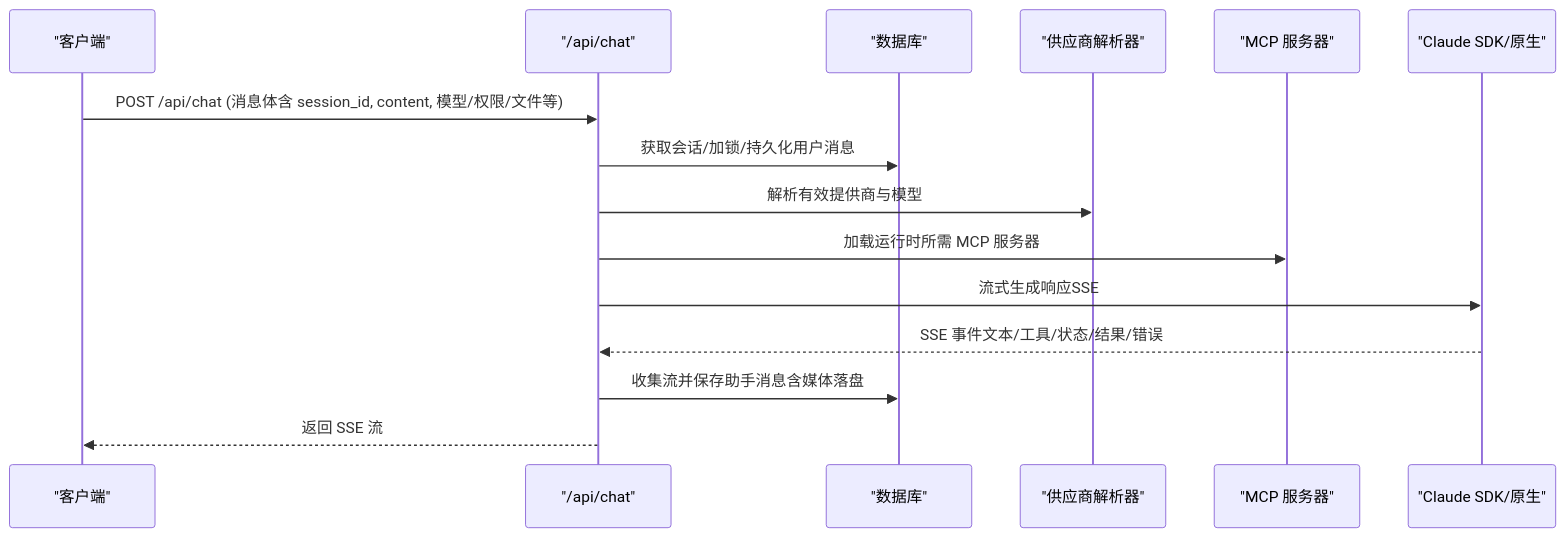
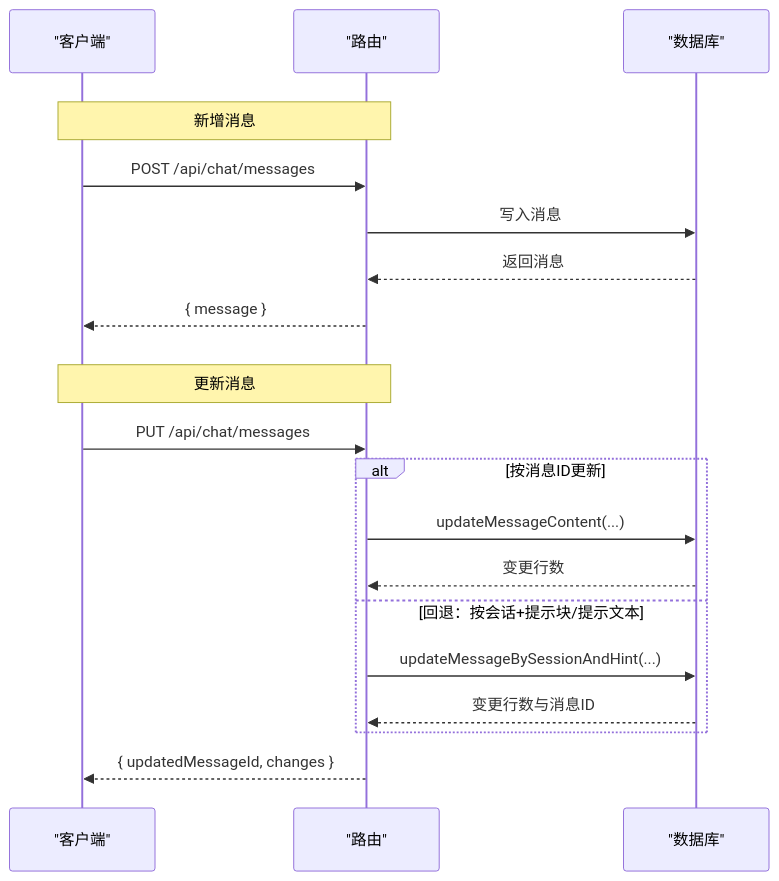
Before and after one commit to haolange/CodePilot: the third of 6 diagrams in .qoder/repowiki/zh/content/API 参考/API 参考.md, drawn with Mermaid. The commit also changed other lines of this file and 203 other files, not shown here.

````diff
--- a/.qoder/repowiki/zh/content/API 参考/API 参考.md
+++ b/.qoder/repowiki/zh/content/API 参考/API 参考.md
@@ -147,17 +136,25 @@
 ```mermaid
 sequenceDiagram
-participant Client as "客户端"
-participant Chat as "/api/chat"
+participant C as "客户端"
+participant R as "路由"
 participant DB as "数据库"
-participant Resolver as "供应商解析器"
-participant MCP as "MCP 服务器"
-participant Claude as "Claude SDK/原生"
-Client->>Chat : POST /api/chat (消息体含 session_id, content, 模型/权限/文件等)
-Chat->>DB : 获取会话/加锁/持久化用户消息
-Chat->>Resolver : 解析有效提供商与模型
-Chat->>MCP : 加载运行时所需 MCP 服务器
-Chat->>Claude : 流式生成响应SSE
-Claude-->>Chat : SSE 事件文本/工具/状态/结果/错误
-Chat->>DB : 收集流并保存助手消息含媒体落盘
-Chat-->>Client : 返回 SSE 流
+rect rgb(255,255,255)
+Note over C,R : 新增消息
+C->>R : POST /api/chat/messages
+R->>DB : 写入消息
+DB-->>R : 返回消息
+R-->>C : { message }
+end
+rect rgb(255,255,255)
+Note over C,R : 更新消息
+C->>R : PUT /api/chat/messages
+alt 按消息ID更新
+R->>DB : updateMessageContent(...)
+DB-->>R : 变更行数
+else 回退：按会话+提示块/提示文本
+R->>DB : updateMessageBySessionAndHint(...)
+DB-->>R : 变更行数与消息ID
+end
+R-->>C : { updatedMessageId, changes }
+end
 ```
````
